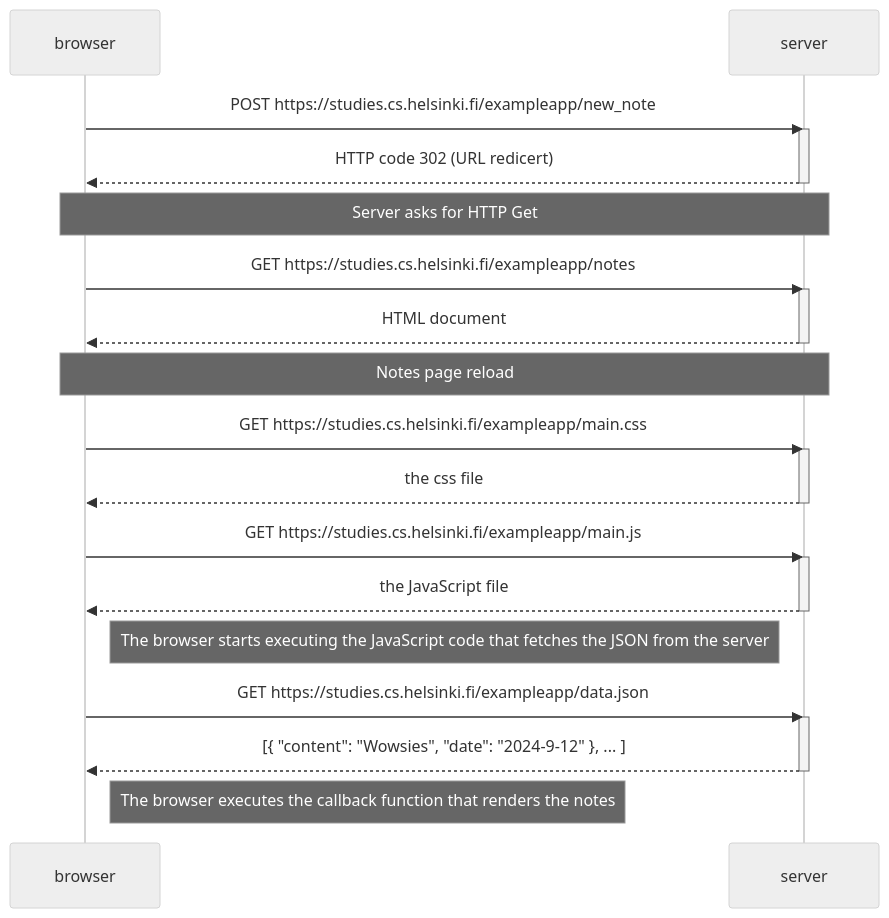
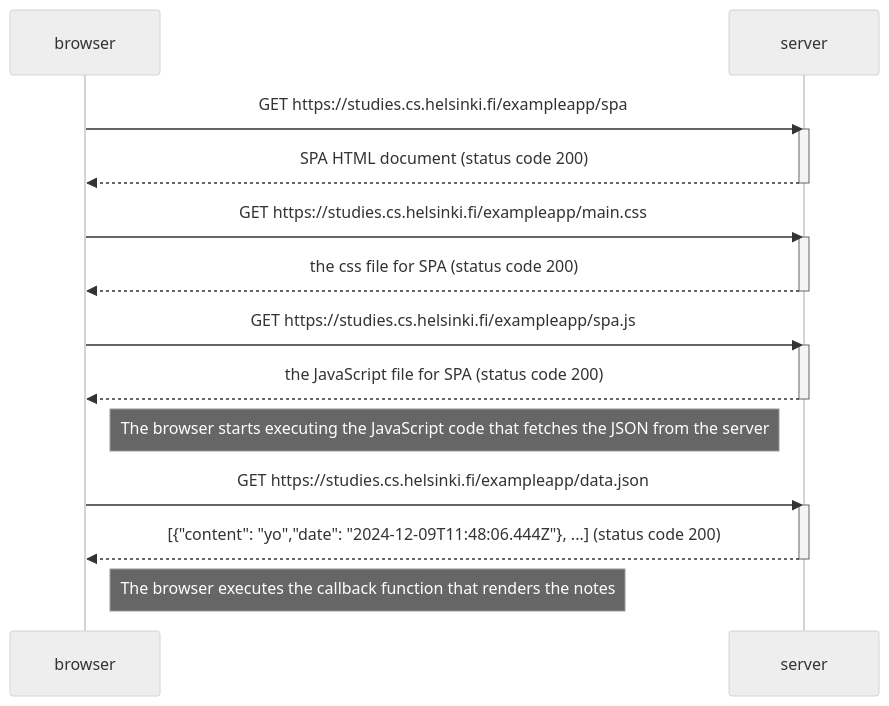
One commit to BorisKalika/FullStackMOOC changed the diagram in part0/SingleAppDiagramm.md. Above: the diagram before and after it, drawn with Mermaid (neutral theme).

Commit message:
implemented: Sequence Diagram for 0.5

````diff
--- a/part0/SingleAppDiagramm.md
+++ b/part0/SingleAppDiagramm.md
@@ -1,38 +1,30 @@
 ```mermaid
 
 sequenceDiagram
     participant browser
     participant server
 
-    browser->>server: POST https://studies.cs.helsinki.fi/exampleapp/new_note
+    browser->>server: GET https://studies.cs.helsinki.fi/exampleapp/spa
     activate server
-    server-->>browser: HTTP code 302 (URL redicert)
+    server-->>browser: SPA HTML document (status code 200)
     deactivate server
-    Note over server,browser: Server asks for HTTP Get
-
-
-    browser->>server: GET https://studies.cs.helsinki.fi/exampleapp/notes
-    activate server
-    server-->>browser: HTML document
-    deactivate server
-
-    Note over server,browser: Notes page reload
 
     browser->>server: GET https://studies.cs.helsinki.fi/exampleapp/main.css
     activate server
-    server-->>browser: the css file
+    server-->>browser: the css file for SPA (status code 200)
     deactivate server
 
-    browser->>server: GET https://studies.cs.helsinki.fi/exampleapp/main.js
+    browser->>server: GET https://studies.cs.helsinki.fi/exampleapp/spa.js
     activate server
-    server-->>browser: the JavaScript file
+    server-->>browser: the JavaScript file for SPA (status code 200)
     deactivate server
 
     Note right of browser: The browser starts executing the JavaScript code that fetches the JSON from the server
 
     browser->>server: GET https://studies.cs.helsinki.fi/exampleapp/data.json
     activate server
-    server-->>browser: [{ "content": "Wowsies", "date": "2024-9-12" }, ... ]
+    server-->>browser: [{"content": "yo","date": "2024-12-09T11:48:06.444Z"}, ...] (status code 200)
     deactivate server
+
     Note right of browser: The browser executes the callback function that renders the notes
 ```
````
